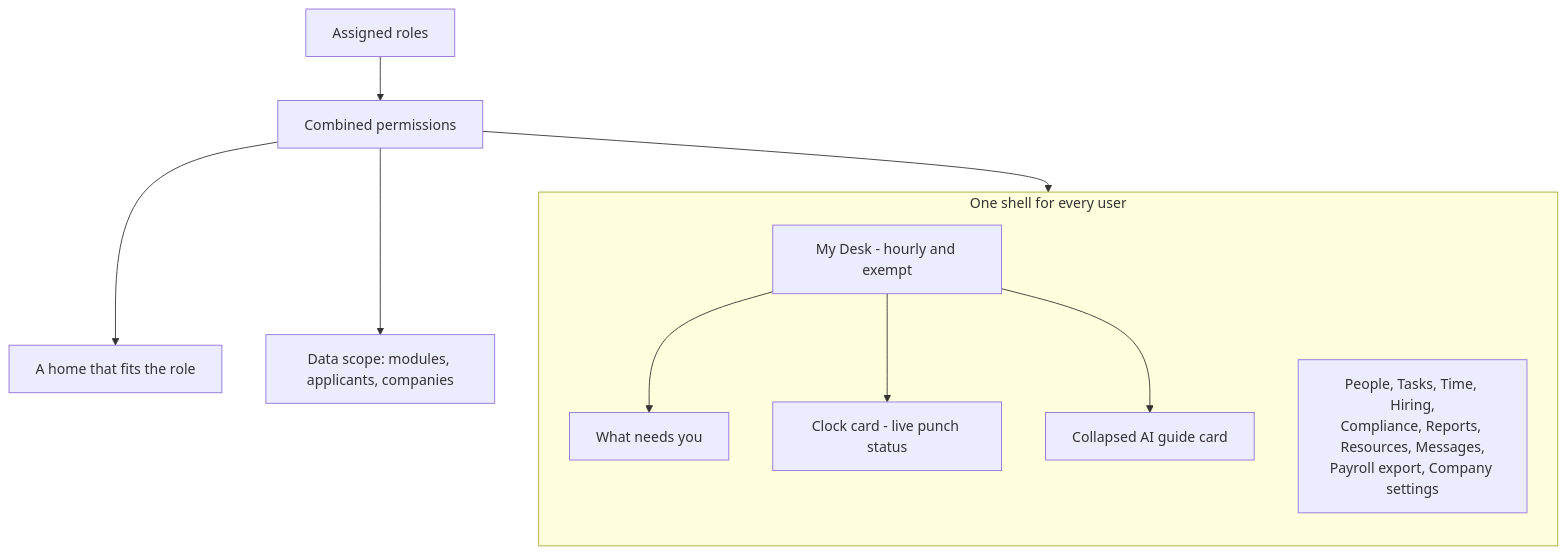
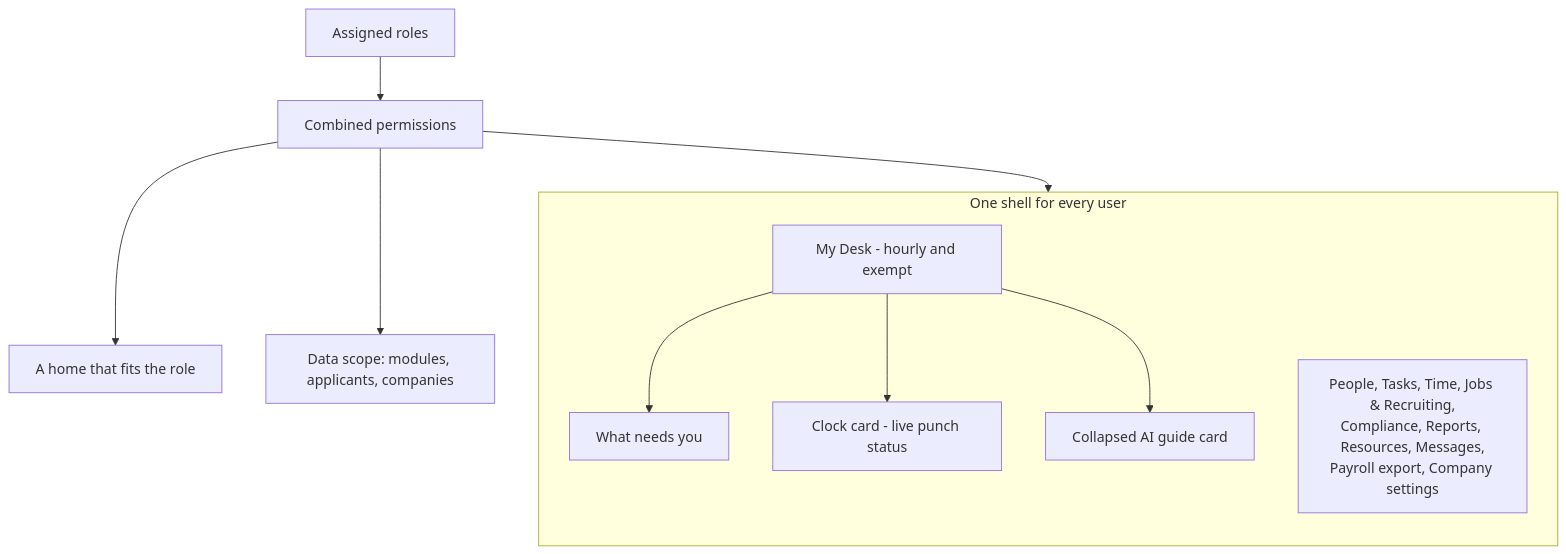
One commit to staceykay67/scalemaker-hris-showcase changed the third of 21 diagrams in README.md. Above: the diagram before and after it, drawn with Mermaid. The commit also changed other lines of this file, not shown here.

````diff
--- a/README.md
+++ b/README.md
@@ -162,18 +179,18 @@
 ```mermaid
 flowchart TB
     subgraph ShellG["One shell for every user"]
         direction TB
         Desk["My Desk - hourly and exempt"]
         Needs["What needs you"]
         Clock["Clock card - live punch status"]
         Guide["Collapsed AI guide card"]
-        Work["People, Tasks, Time, Hiring,<br/>Compliance, Reports, Resources, Messages,<br/>Payroll export, Company settings"]
+        Work["People, Tasks, Time, Jobs & Recruiting,<br/>Compliance, Reports, Resources, Messages,<br/>Payroll export, Company settings"]
     end
     Desk --> Needs
     Desk --> Clock
     Desk --> Guide
     Roles["Assigned roles"] --> Perms["Combined permissions"]
     Perms --> Home["A home that fits the role"]
     Perms --> Work
     Perms --> Scope["Data scope: modules, applicants, companies"]
 ```
````
